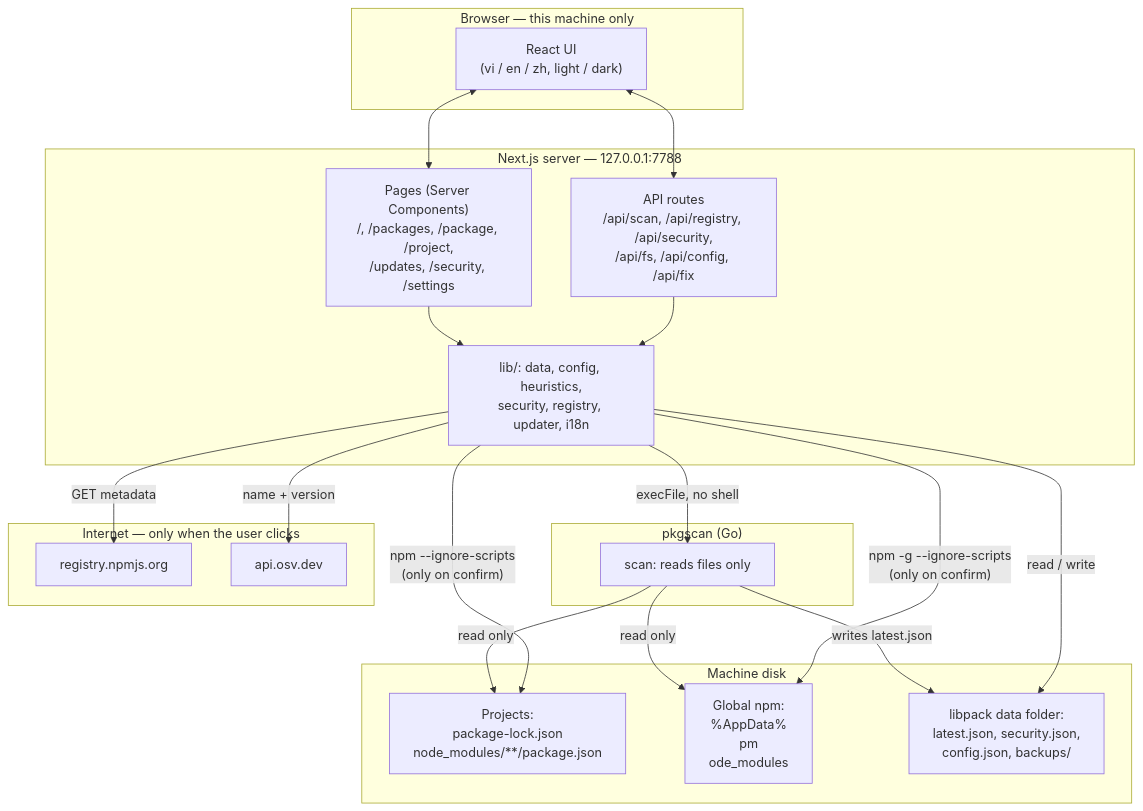
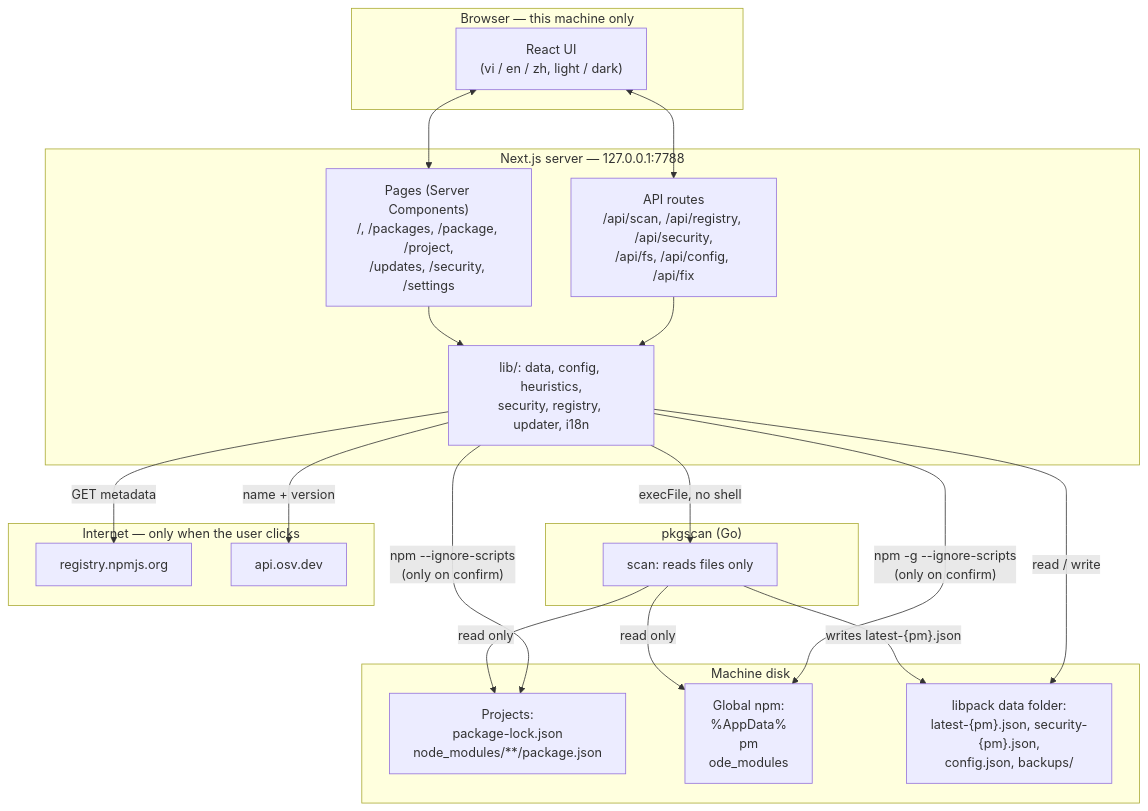
One commit to phanhuyyy/libpack-guard changed the diagram in docs/en/architecture.md. Above: the diagram before and after it, drawn with Mermaid. The commit also changed other lines of this file and 50 other files, not shown here.

````diff
--- a/docs/en/architecture.md
+++ b/docs/en/architecture.md
@@ -7,41 +7,41 @@
 ```mermaid
 flowchart TB
     subgraph Browser["Browser — this machine only"]
         UI["React UI<br/>(vi / en / zh, light / dark)"]
     end
 
     subgraph Server["Next.js server — 127.0.0.1:7788"]
         Pages["Pages (Server Components)<br/>/, /packages, /package, /project,<br/>/updates, /security, /settings"]
         API["API routes<br/>/api/scan, /api/registry, /api/security,<br/>/api/fs, /api/config, /api/fix"]
         Lib["lib/: data, config, heuristics,<br/>security, registry, updater, i18n"]
     end
 
     subgraph Agent["pkgscan (Go)"]
         Scan["scan: reads files only"]
     end
 
     subgraph Disk["Machine disk"]
         Projects["Projects:<br/>package-lock.json<br/>node_modules/**/package.json"]
         Global["Global npm:<br/>%AppData%\npm\node_modules"]
-        DataDir["libpack data folder:<br/>latest.json, security.json,<br/>config.json, backups/"]
+        DataDir["libpack data folder:<br/>latest-{pm}.json, security-{pm}.json,<br/>config.json, backups/"]
     end
 
     subgraph Internet["Internet — only when the user clicks"]
         Registry["registry.npmjs.org"]
         OSV["api.osv.dev"]
     end
 
     UI <--> Pages
     UI <--> API
     Pages --> Lib
     API --> Lib
     Lib -- "execFile, no shell" --> Scan
     Scan -- "read only" --> Projects
     Scan -- "read only" --> Global
-    Scan -- "writes latest.json" --> DataDir
+    Scan -- "writes latest-{pm}.json" --> DataDir
     Lib -- "read / write" --> DataDir
     Lib -- "GET metadata" --> Registry
     Lib -- "name + version" --> OSV
     Lib -- "npm --ignore-scripts<br/>(only on confirm)" --> Projects
     Lib -- "npm -g --ignore-scripts<br/>(only on confirm)" --> Global
 ```
````
